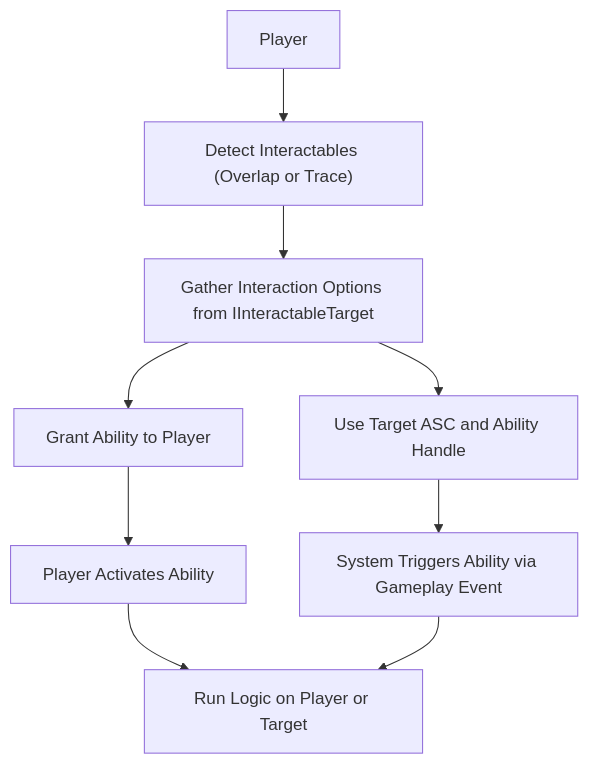
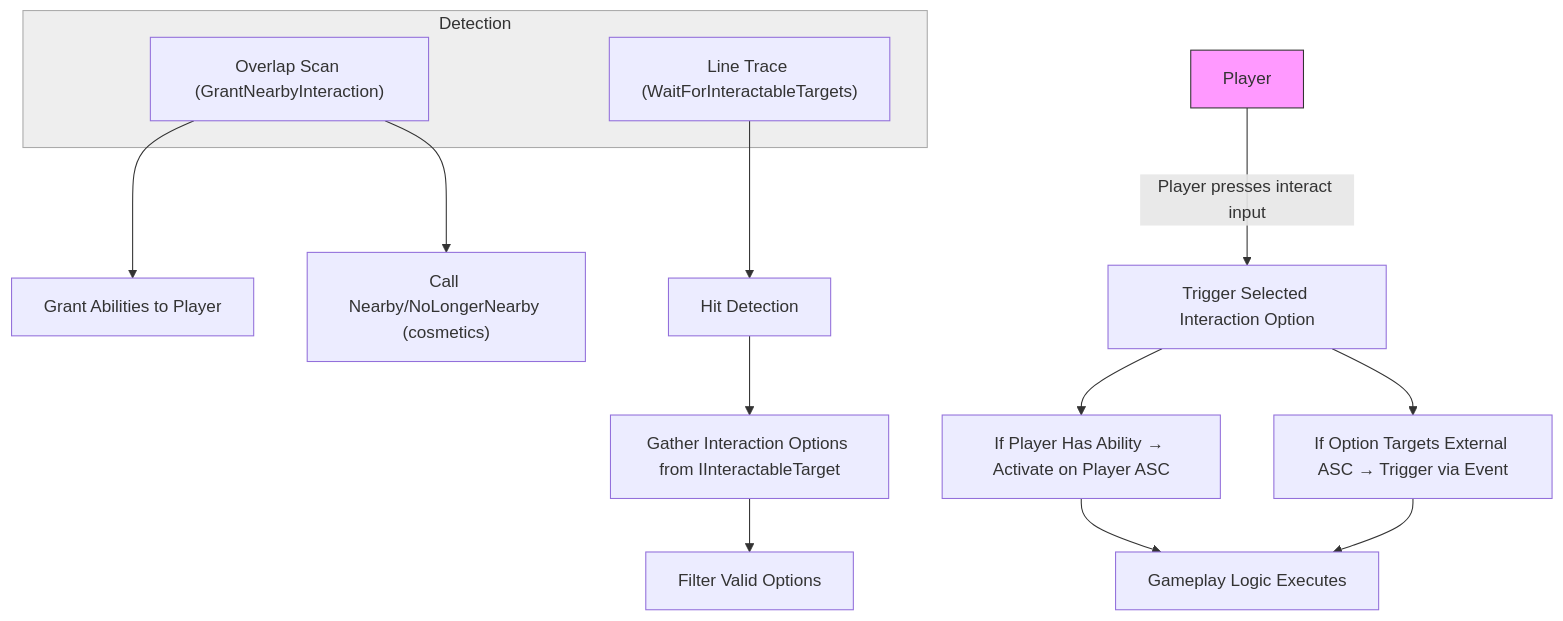
The diagram in outliyr-framework/docs/base-lyra-modified/interaction/how-interaction-works.md (outliyr/outliyr-docs), drawn with Mermaid before and after one commit. The commit also changed other lines of this file and 17 other files, not shown here.

````diff
--- a/outliyr-framework/docs/base-lyra-modified/interaction/how-interaction-works.md
+++ b/outliyr-framework/docs/base-lyra-modified/interaction/how-interaction-works.md
@@ -128,15 +159,28 @@
 ```mermaid fullWidth="false"
 flowchart TD
     A[Player]
-    B["Detect Interactables (Overlap or Trace)"]
-    C["Gather Interaction Options from IInteractableTarget"]
-    D1["Grant Ability to Player"]
-    D2["Use Target ASC and Ability Handle"]
-    E1["Player Activates Ability"]
-    E2["System Triggers Ability via Gameplay Event"]
-    F["Run Logic on Player or Target"]
+    
+    subgraph Detection
+        B1["Overlap Scan (GrantNearbyInteraction)"]
+        B2["Line Trace (WaitForInteractableTargets)"]
+    end
 
-    A --> B --> C
-    C --> D1 --> E1 --> F
-    C --> D2 --> E2 --> F
+    B1 --> C1["Grant Abilities to Player"]
+    B1 --> C2["Call Nearby/NoLongerNearby (cosmetics)"]
+
+    B2 --> D["Hit Detection"]
+    D --> E["Gather Interaction Options from IInteractableTarget"]
+    E --> F["Filter Valid Options"]
+
+    A -->|Player presses interact input| G["Trigger Selected Interaction Option"]
+
+    G --> H1["If Player Has Ability → Activate on Player ASC"]
+    G --> H2["If Option Targets External ASC → Trigger via Event"]
+
+    H1 --> I["Gameplay Logic Executes"]
+    H2 --> I
+
+    style A fill:#f9f,stroke:#333,stroke-width:1px
+    style Detection fill:#eee,stroke:#aaa,stroke-width:1px
+
 ```
````
